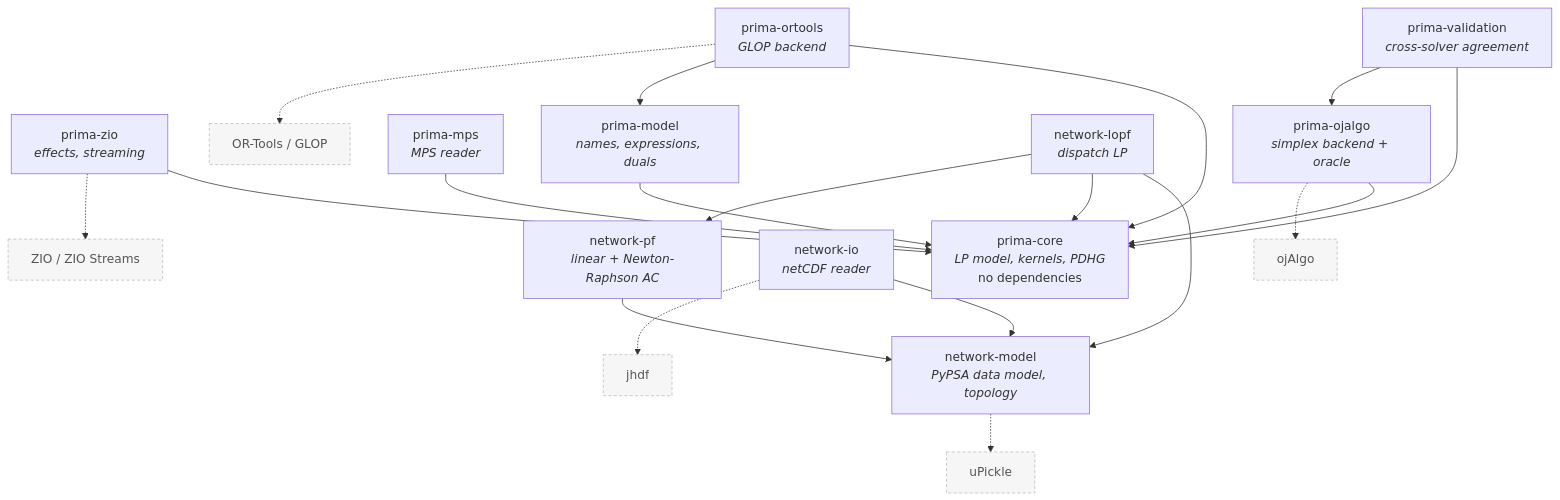
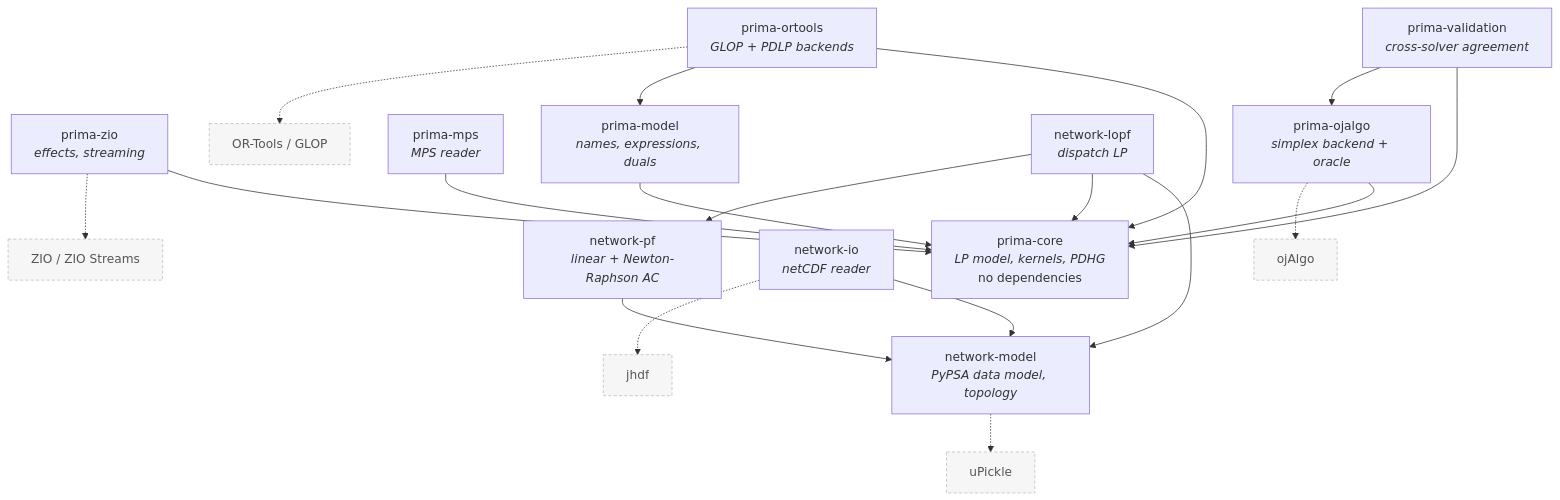
Before and after one commit to oluies/noaidi: the first of 6 diagrams in ARCHITECTURE.md, drawn with Mermaid. The commit also changed other lines of this file and 6 other files, not shown here.

````diff
--- a/ARCHITECTURE.md
+++ b/ARCHITECTURE.md
@@ -33,42 +33,42 @@
 ```mermaid
 graph TD
     primaCore["prima-core<br/><i>LP model, kernels, PDHG</i><br/>no dependencies"]
     primaZio["prima-zio<br/><i>effects, streaming</i>"]
     primaOjalgo["prima-ojalgo<br/><i>simplex backend + oracle</i>"]
     primaValidation["prima-validation<br/><i>cross-solver agreement</i>"]
     primaMps["prima-mps<br/><i>MPS reader</i>"]
     primaModel["prima-model<br/><i>names, expressions, duals</i>"]
-    primaOrtools["prima-ortools<br/><i>GLOP backend</i>"]
+    primaOrtools["prima-ortools<br/><i>GLOP + PDLP backends</i>"]
 
     networkModel["network-model<br/><i>PyPSA data model, topology</i>"]
     networkLopf["network-lopf<br/><i>dispatch LP</i>"]
     networkPf["network-pf<br/><i>linear + Newton-Raphson AC</i>"]
     networkIo["network-io<br/><i>netCDF reader</i>"]
 
     zioLib["ZIO / ZIO Streams"]:::ext
     ojalgoLib["ojAlgo"]:::ext
     upickleLib["uPickle"]:::ext
     jhdfLib["jhdf"]:::ext
     ortoolsLib["OR-Tools / GLOP"]:::ext
 
     primaZio --> primaCore
     primaOjalgo --> primaCore
     primaValidation --> primaCore
     primaValidation --> primaOjalgo
     primaMps --> primaCore
     primaModel --> primaCore
     primaOrtools --> primaCore
     primaOrtools --> primaModel
     networkLopf --> networkModel
     networkLopf --> primaCore
     networkLopf --> networkPf
     networkPf --> networkModel
     networkIo --> networkModel
     primaZio -.-> zioLib
     primaOjalgo -.-> ojalgoLib
     networkModel -.-> upickleLib
     networkIo -.-> jhdfLib
     primaOrtools -.-> ortoolsLib
 
     classDef ext fill:#f6f6f6,stroke:#bbb,stroke-dasharray:4 3,color:#555;
 ```
````
